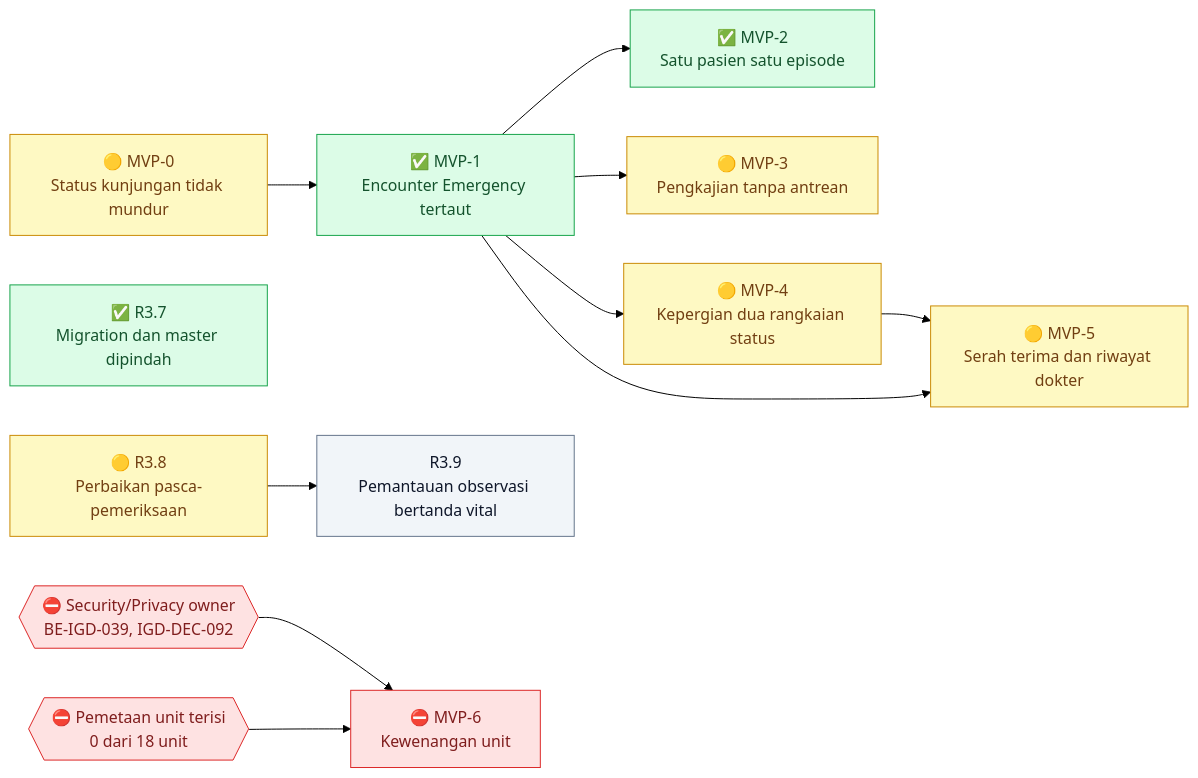
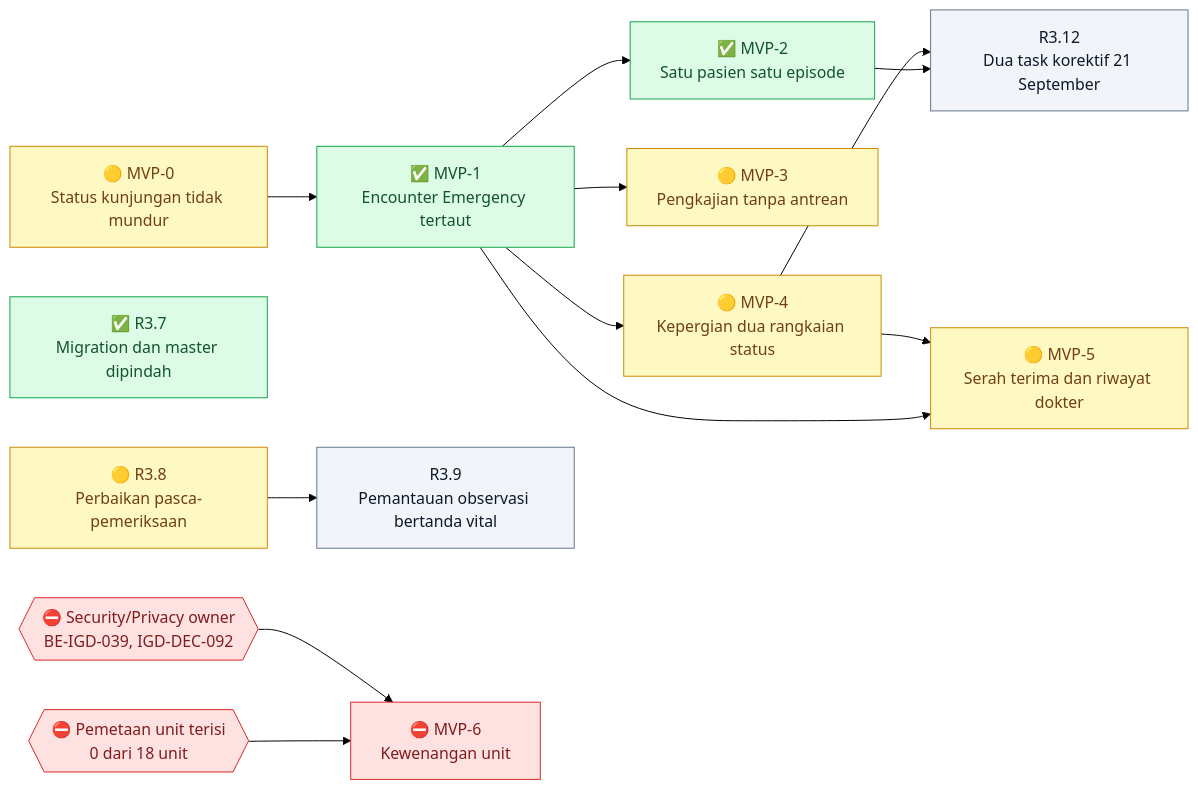
Before and after one commit to DevBenari/NewQuilvianSystemBackend: the first of 9 diagrams in docs/module-blueprints/igd/roadmap/backend-roadmap.md, drawn with Mermaid (forest theme). The commit also changed other lines of this file and 20 other files, not shown here.

````diff
--- a/docs/module-blueprints/igd/roadmap/backend-roadmap.md
+++ b/docs/module-blueprints/igd/roadmap/backend-roadmap.md
@@ -86,31 +89,34 @@
 ```mermaid
 flowchart LR
     classDef selesai fill:#DCFCE7,stroke:#16A34A,color:#14532D
     classDef sebagian fill:#FEF9C3,stroke:#CA8A04,color:#713F12
     classDef terblokir fill:#FEE2E2,stroke:#DC2626,color:#7F1D1D
     classDef belum fill:#F1F5F9,stroke:#64748B,color:#0F172A
     classDef luar fill:#EDE9FE,stroke:#7C3AED,color:#3B0764
 
     MVP0["🟡 MVP-0<br/>Status kunjungan tidak mundur"]:::sebagian
     MVP1["✅ MVP-1<br/>Encounter Emergency tertaut"]:::selesai
     MVP2["✅ MVP-2<br/>Satu pasien satu episode"]:::selesai
     MVP3["🟡 MVP-3<br/>Pengkajian tanpa antrean"]:::sebagian
     MVP4["🟡 MVP-4<br/>Kepergian dua rangkaian status"]:::sebagian
     MVP5["🟡 MVP-5<br/>Serah terima dan riwayat dokter"]:::sebagian
     R37["✅ R3.7<br/>Migration dan master dipindah"]:::selesai
     R38["🟡 R3.8<br/>Perbaikan pasca-pemeriksaan"]:::sebagian
     R39["R3.9<br/>Pemantauan observasi bertanda vital"]:::belum
+    R312["R3.12<br/>Dua task korektif 21 September"]:::belum
     MVP6["⛔ MVP-6<br/>Kewenangan unit"]:::terblokir
     SEC{{"⛔ Security/Privacy owner<br/>BE-IGD-039, IGD-DEC-092"}}:::terblokir
     MAP{{"⛔ Pemetaan unit terisi<br/>0 dari 18 unit"}}:::terblokir
 
     MVP0 --> MVP1
     MVP1 --> MVP2
     MVP1 --> MVP3
     MVP1 --> MVP4
     MVP4 --> MVP5
     MVP1 --> MVP5
+    MVP4 --> R312
+    MVP2 --> R312
     SEC --> MVP6
     MAP --> MVP6
     R38 --> R39
 ```
````
